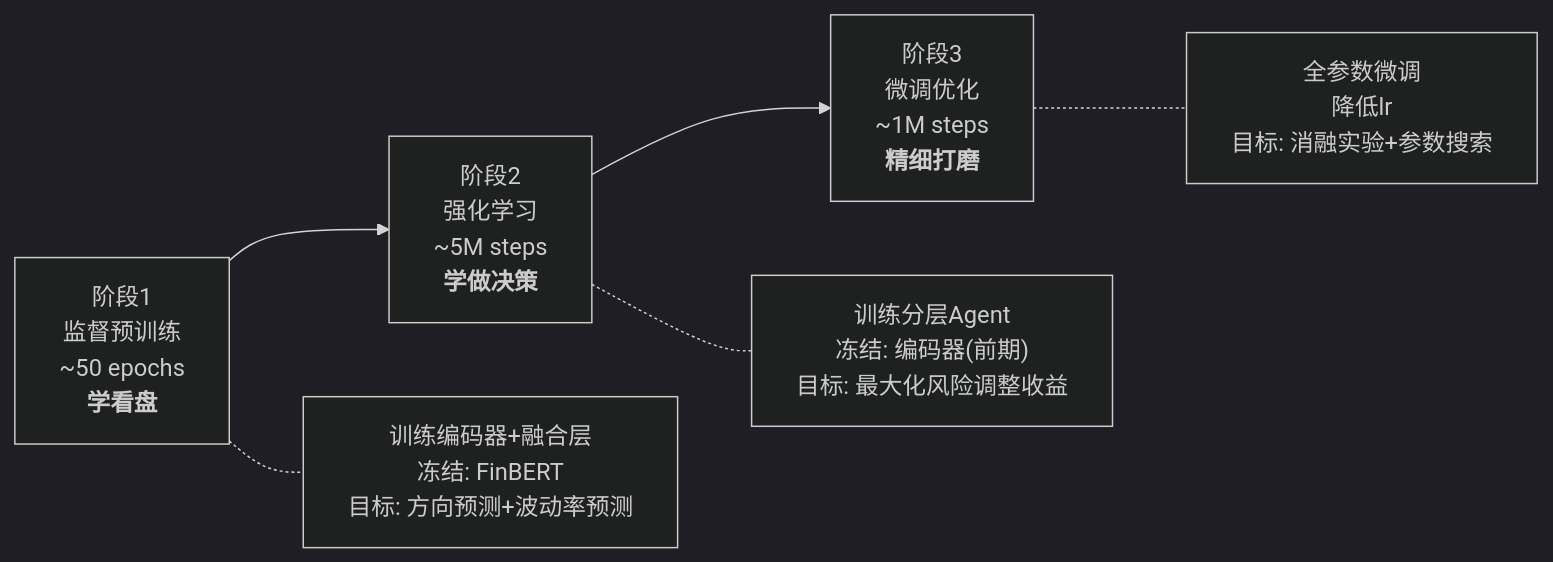
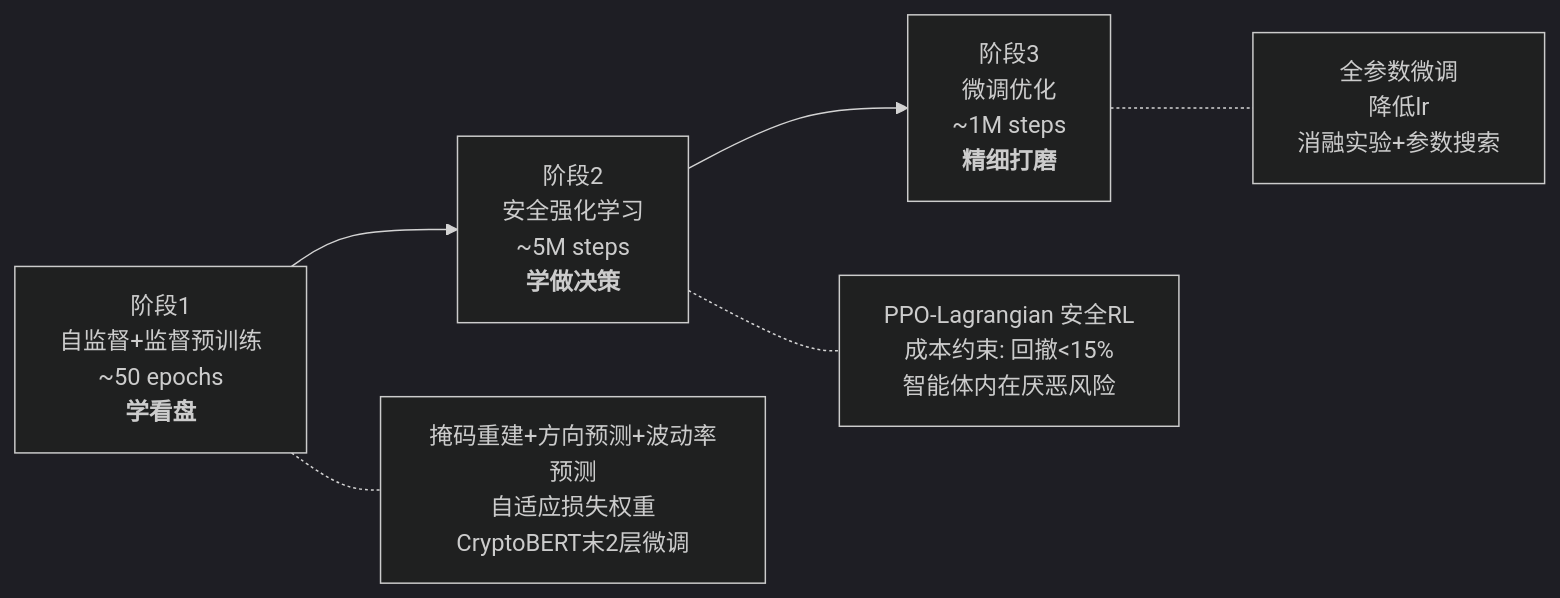
The second of 2 diagrams in docs/implementation_plan.md (SepAutumn417/mamba3-Yui), drawn with Mermaid (dark theme) before and after one commit. The commit also changed other lines of this file, not shown here.

Commit message:
feat: add self-supervised pretraining, PPO-Lagrangian safe RL, adaptive loss weighting

````diff
--- a/docs/implementation_plan.md
+++ b/docs/implementation_plan.md
@@ -392,8 +392,8 @@
 ```mermaid
 graph LR
-    P1["阶段1<br>监督预训练<br>~50 epochs<br><b>学看盘</b>"] --> P2["阶段2<br>强化学习<br>~5M steps<br><b>学做决策</b>"] --> P3["阶段3<br>微调优化<br>~1M steps<br><b>精细打磨</b>"]
+    P1["阶段1<br>自监督+监督预训练<br>~50 epochs<br><b>学看盘</b>"] --> P2["阶段2<br>安全强化学习<br>~5M steps<br><b>学做决策</b>"] --> P3["阶段3<br>微调优化<br>~1M steps<br><b>精细打磨</b>"]
     
-    P1 -.- P1D["训练编码器+融合层<br>冻结: FinBERT<br>目标: 方向预测+波动率预测"]
-    P2 -.- P2D["训练分层Agent<br>冻结: 编码器(前期)<br>目标: 最大化风险调整收益"]
-    P3 -.- P3D["全参数微调<br>降低lr<br>目标: 消融实验+参数搜索"]
+    P1 -.- P1D["掩码重建+方向预测+波动率预测<br>自适应损失权重<br>CryptoBERT末2层微调"]
+    P2 -.- P2D["PPO-Lagrangian 安全RL<br>成本约束: 回撤<15%<br>智能体内在厌恶风险"]
+    P3 -.- P3D["全参数微调<br>降低lr<br>消融实验+参数搜索"]
 ```
````
